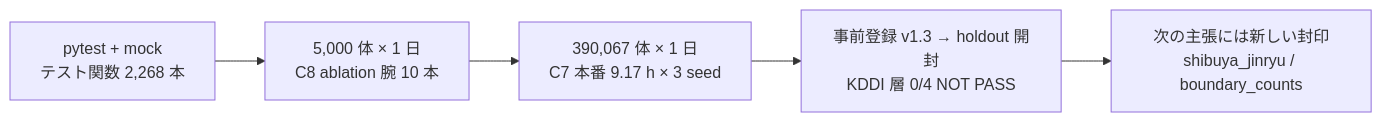
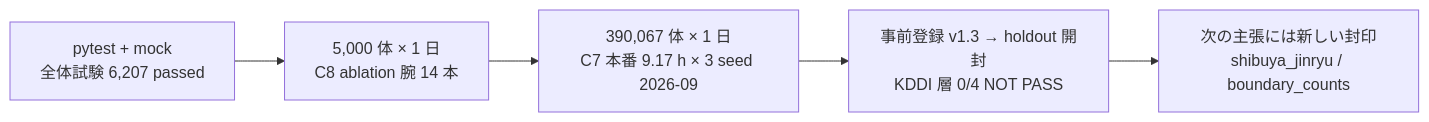
The seventh of 7 diagrams in docs/design/v2-architecture-overview-detailed.md (spacedream6090-svg/shibuya-simulation-v2), drawn with Mermaid before and after one commit. The commit also changed other lines of this file and 1 other file, not shown here.

Commit message:
第339 概要書(簡略・詳細)の数字と表を 2026-10-23 時点に(回答 10-25 §3-2・§9 の 1=既定 345,858 体・W13 365 日・時刻表 6,273 行=平日 3,359・土休 2,914・CLI 108+艦隊 11+暦 7+空間 3・環境変数 46・全体試験 6,207 passed・系 36・W21 系と navmesh1 の行・2026-09 の値は注記。親が header/記録/grep で突き合わせ)

````diff
--- a/docs/design/v2-architecture-overview-detailed.md
+++ b/docs/design/v2-architecture-overview-detailed.md
@@ -407,7 +416,7 @@
 ```mermaid
 flowchart LR
-  T["pytest + mock<br/>テスト関数 2,268 本"] --> S["5,000 体 × 1 日<br/>C8 ablation 腕 10 本"]
-  S --> B["390,067 体 × 1 日<br/>C7 本番 9.17 h × 3 seed"]
+  T["pytest + mock<br/>全体試験 6,207 passed"] --> S["5,000 体 × 1 日<br/>C8 ablation 腕 14 本"]
+  S --> B["390,067 体 × 1 日<br/>C7 本番 9.17 h × 3 seed 2026-09"]
   B --> H["事前登録 v1.3 → holdout 開封<br/>KDDI 層 0/4 NOT PASS"]
   H --> N["次の主張には新しい封印<br/>shibuya_jinryu / boundary_counts"]
 ```
````
